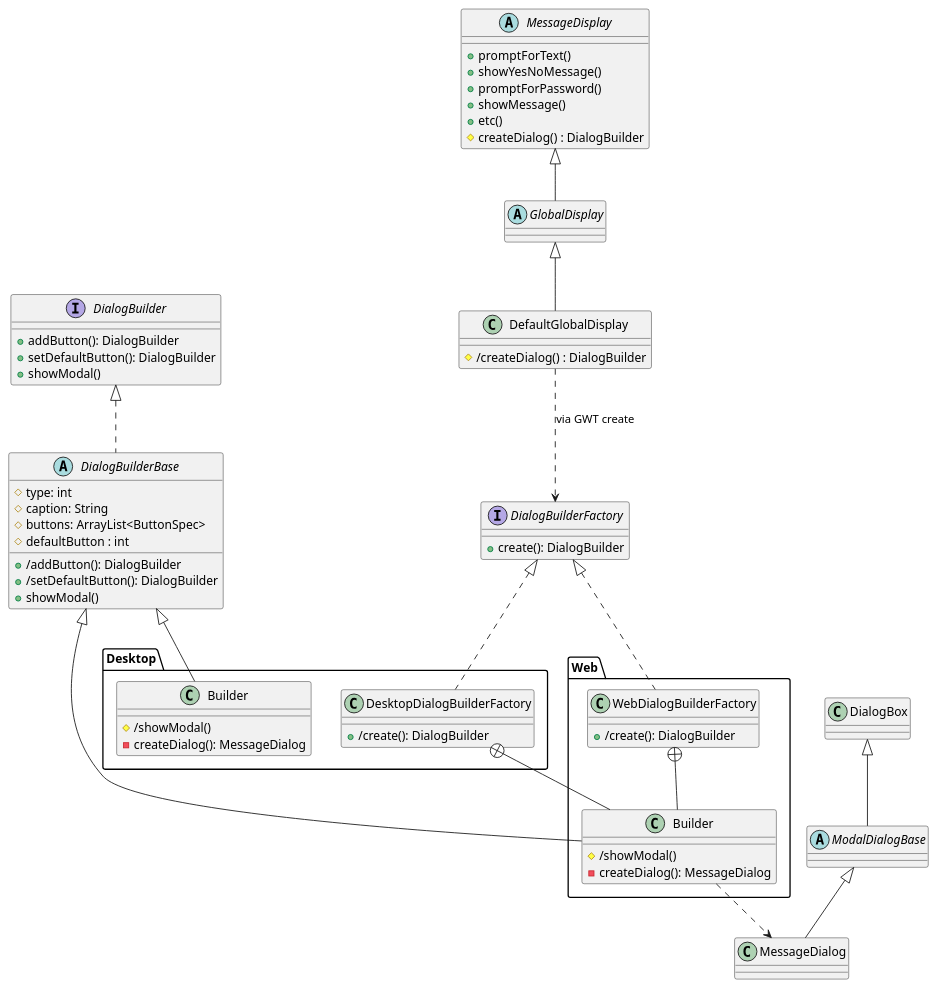
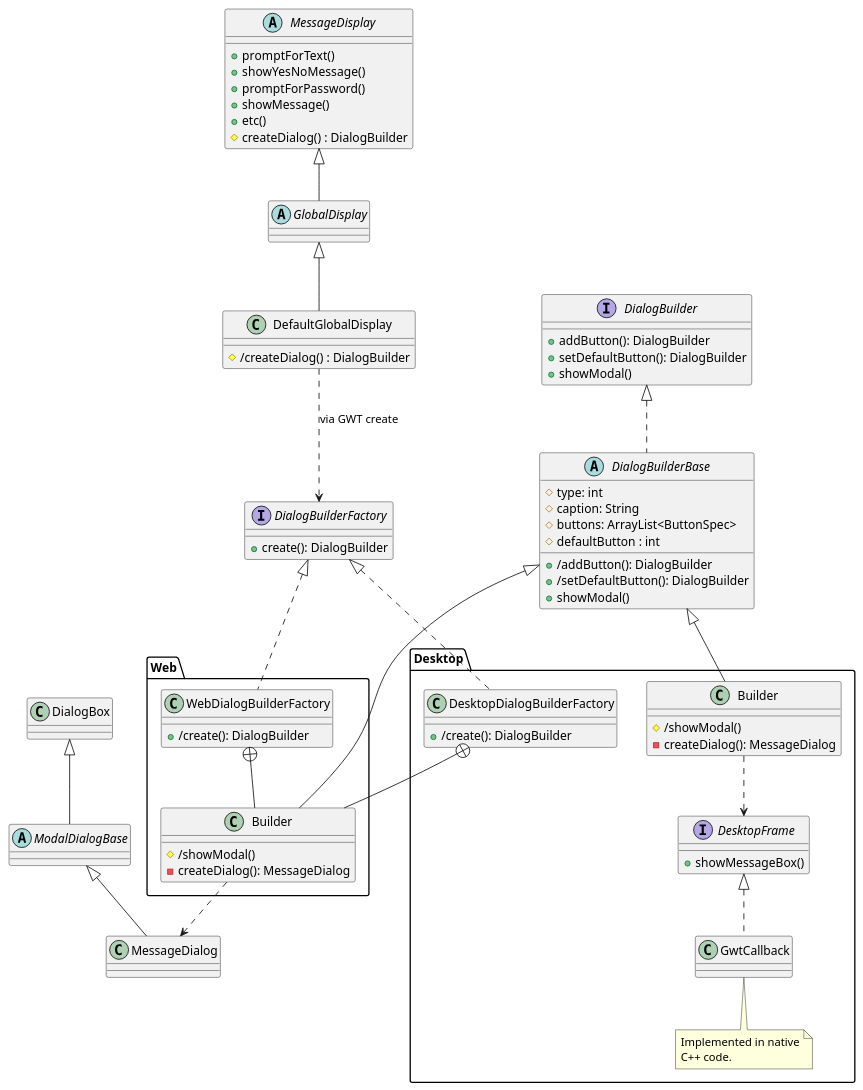
One commit to isabella232/gary-uml changed the diagram in MessageDisplay.puml. Above: the diagram before and after it, drawn with PlantUML. The commit also changed 1 other file, not shown here.

Commit message:
MessageDisplay v1

```diff
--- a/MessageDisplay.puml
+++ b/MessageDisplay.puml
@@ -1,72 +1,76 @@
 @startuml
 
-abstract class ModalDialogBase extends DialogBox {
-}
-
-class MessageDialog extends ModalDialogBase {
-}
-
+abstract class ModalDialogBase extends DialogBox
+class MessageDialog extends ModalDialogBase
 
 interface DialogBuilder {
     + addButton(): DialogBuilder
     + setDefaultButton(): DialogBuilder
     + showModal()
 }
 
 abstract class DialogBuilderBase implements DialogBuilder {
     + /addButton(): DialogBuilder
     + /setDefaultButton(): DialogBuilder
     + showModal()
     # type: int
     # caption: String
     # buttons: ArrayList<ButtonSpec>
     # defaultButton : int
 }
 
 interface DialogBuilderFactory {
     + create(): DialogBuilder
 }
 
 namespace Web {
     class WebDialogBuilderFactory implements .DialogBuilderFactory {
         +/create(): DialogBuilder
     }
     WebDialogBuilderFactory +-- Builder
 
     class Builder extends .DialogBuilderBase {
         # /showModal()
         - createDialog(): MessageDialog
     }
 
     Builder ..> .MessageDialog
 }
 
 namespace Desktop {
+    interface DesktopFrame {
+        + showMessageBox()
+    }
+
     class DesktopDialogBuilderFactory implements .DialogBuilderFactory {
         +/create(): DialogBuilder
     }
     DesktopDialogBuilderFactory +-- Builder
 
     class Builder extends .DialogBuilderBase {
         # /showModal()
         - createDialog(): MessageDialog
     }
+    Builder ..> DesktopFrame
+
+    class GwtCallback implements DesktopFrame
+    note bottom of GwtCallback : Implemented in native\nC++ code.
 }
 
 abstract class MessageDisplay {
     +promptForText()
     +showYesNoMessage()
     +promptForPassword()
     +showMessage()
     +etc()
     #createDialog() : DialogBuilder
 }
 
-abstract class GlobalDisplay extends MessageDisplay {
-}
+abstract class GlobalDisplay extends MessageDisplay
 
 class DefaultGlobalDisplay extends GlobalDisplay {
    #/createDialog() : DialogBuilder
 }
 DefaultGlobalDisplay ..> DialogBuilderFactory : via GWT create
+
 @enduml
```
